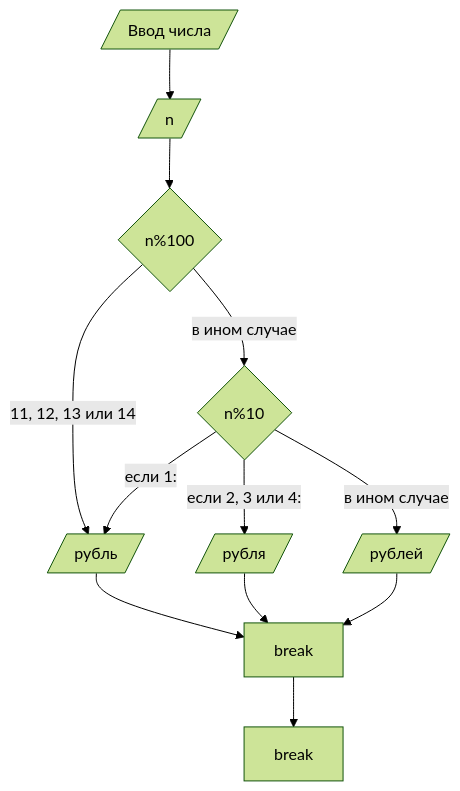
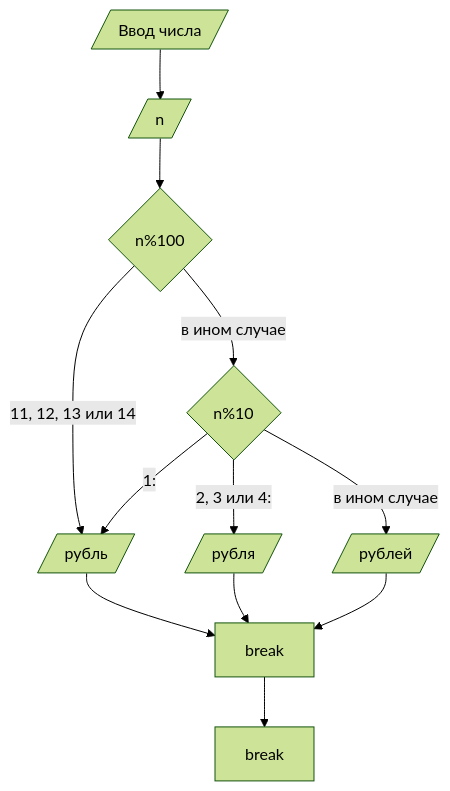
One commit to Lendic42/homework7 changed the diagram in README.md. Above: the diagram before and after it, drawn with Mermaid (forest theme).

````diff
--- a/README.md
+++ b/README.md
@@ -9,17 +9,17 @@
 ```mermaid
 flowchart TD
     C[/"Ввод числа"/]
     C --> D[/"n"/]
     D --> E{"n%100"}
     E -->|"11, 12, 13 или 14"| H[/"рубль"/]
     E -->|"в ином случае"| G{"n%10"}
-    G -->|"если 1:"| H[/"рубль"/]
-    G -->|"если 2, 3 или 4:"| I[/"рубля"/]
+    G -->|"1:"| H[/"рубль"/]
+    G -->|"2, 3 или 4:"| I[/"рубля"/]
     G -->|"в ином случае"| J[/"рублей"/]
     H --> K["break"]
     I --> K
     J --> K
     K --> L["break"]
 
 
 ```
````
